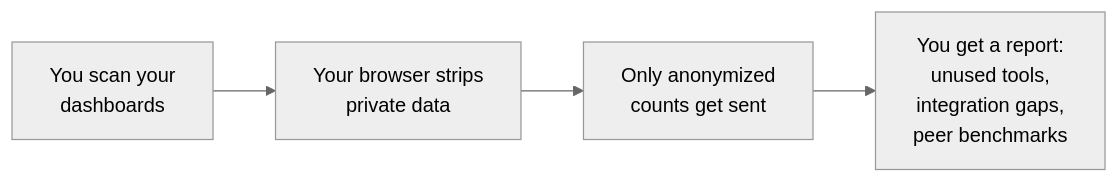
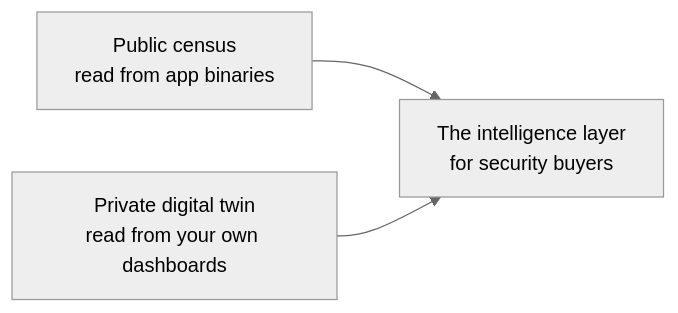
One commit to manizzle/nur-public changed the diagram in README.md. Above: the diagram before and after it, drawn with Mermaid (neutral theme). The commit also changed other lines of this file and 1 other file, not shown here.

First line of the commit message:
docs: reframe README around the mobile SDK census

````diff
--- a/README.md
+++ b/README.md
@@ -39,6 +56,5 @@
 ```mermaid
 flowchart LR
-    A[You scan your<br/>dashboards] --> B[Your browser strips<br/>private data]
-    B --> C[Only anonymized<br/>counts get sent]
-    C --> D[You get a report:<br/>unused tools,<br/>integration gaps,<br/>peer benchmarks]
+    A[Public census<br/>read from app binaries] --> C[The intelligence layer<br/>for security buyers]
+    B[Private digital twin<br/>read from your own dashboards] --> C
 ```
````
